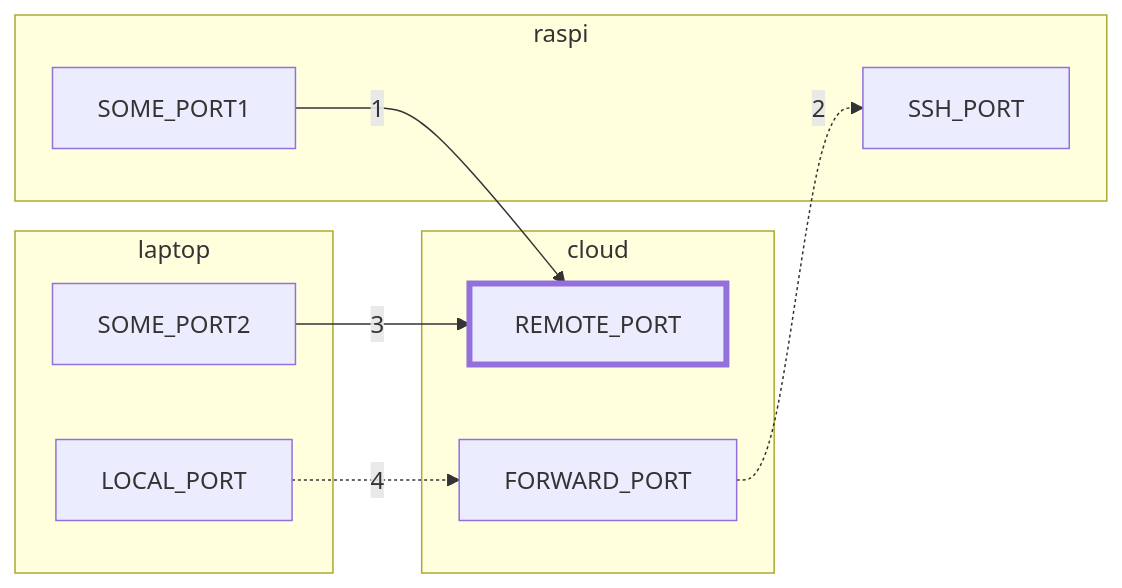
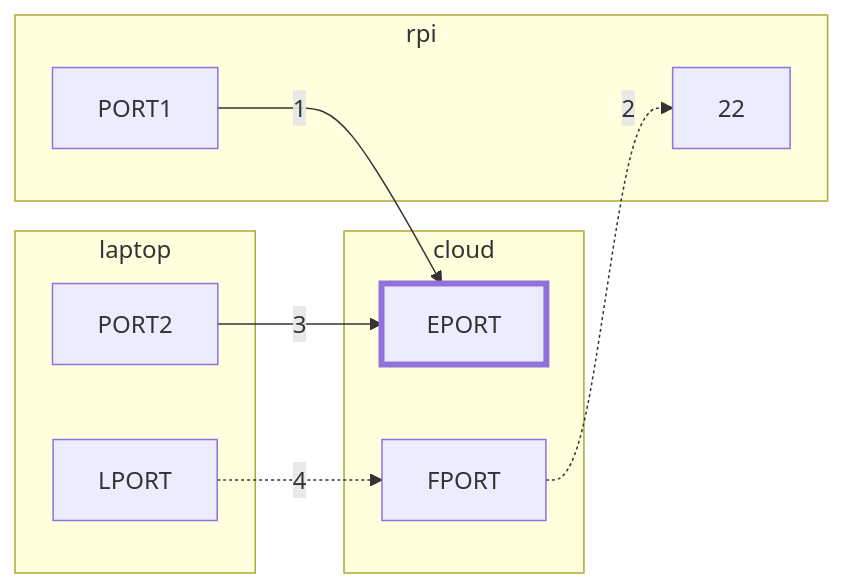
The diagram in _posts/2019-08-15-SSHing-over-a-tunnel-to-a-reverse-tunnel.md (zbo14/zbo14.github.io), drawn with Mermaid before and after one commit. The commit also changed other lines of this file and 1 other file, not shown here.

```diff
--- a/_posts/2019-08-15-SSHing-over-a-tunnel-to-a-reverse-tunnel.md
+++ b/_posts/2019-08-15-SSHing-over-a-tunnel-to-a-reverse-tunnel.md
@@ -18,16 +16,16 @@
 <div class="mermaid">
   graph LR
     subgraph cloud
-    FORWARD_PORT
-    REMOTE_PORT
-    style REMOTE_PORT stroke-width:4px
+    FPORT
+    EPORT
+    style EPORT stroke-width:4px
     end
-    subgraph raspi
-    SOME_PORT1-->|1|REMOTE_PORT
-    FORWARD_PORT-. 2 .-> SSH_PORT
+    subgraph rpi
+    PORT1-->|1|EPORT
+    FPORT-. 2 .-> 22
     end
     subgraph laptop
-    SOME_PORT2-->|3|REMOTE_PORT
-    LOCAL_PORT-. 4 .-> FORWARD_PORT
+    PORT2-->|3|EPORT
+    LPORT-. 4 .-> FPORT
     end
 </div>
```
